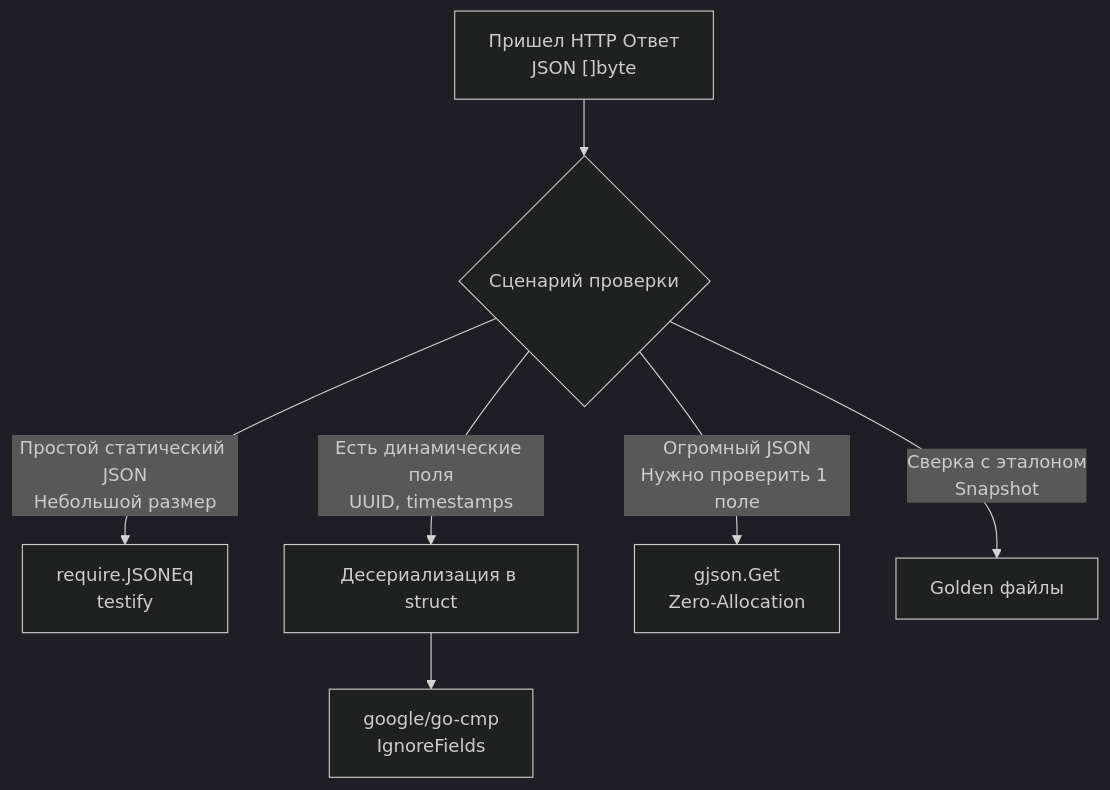
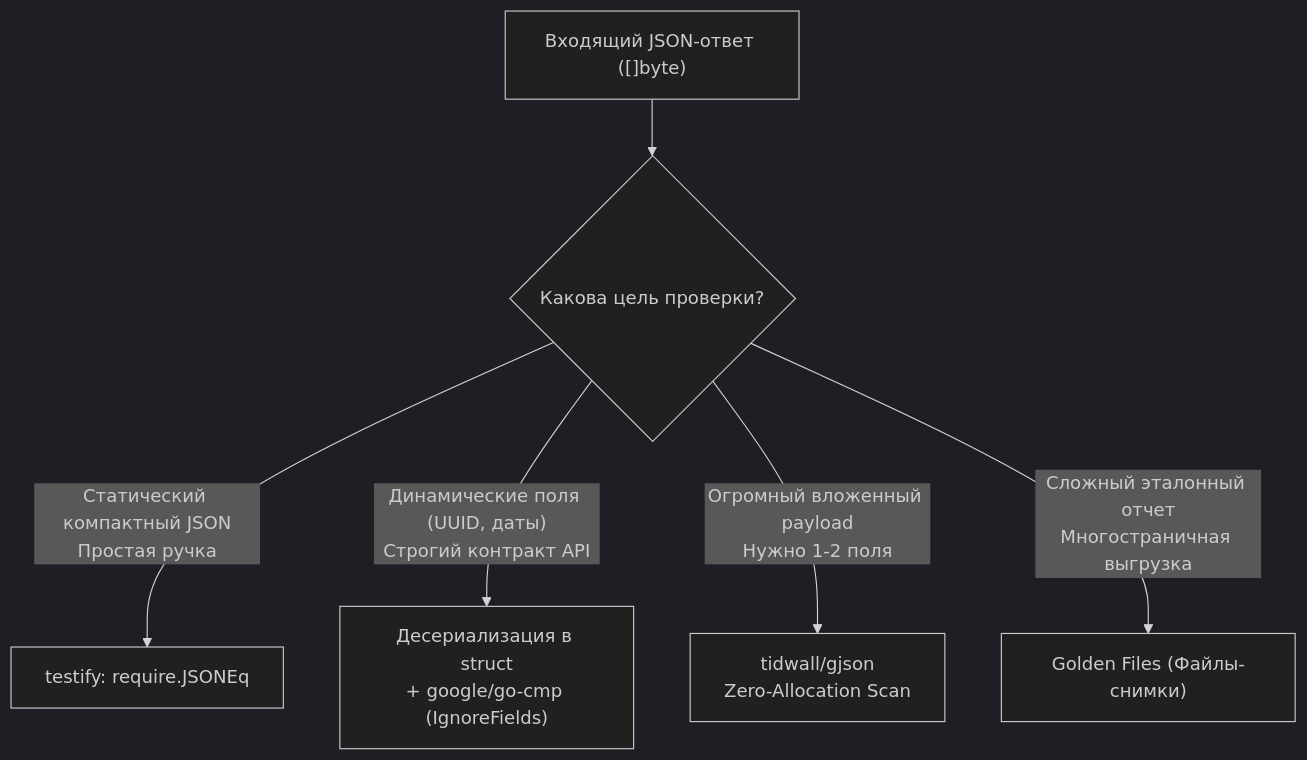
Before and after one commit to UnrealTemplier/go-textbook: the diagram in sources/15. Тестирование в Go (QA & Testing)/06. HTTP и API тестирование/6. Проверка JSON структур.md, drawn with Mermaid (dark theme). The commit also changed other lines of this file, not shown here.

Commit message:
feat(module-15): editorial rewrite of lecture 6 (Проверка JSON структур) in Subsection 6 in Kernighan style

````diff
--- a/sources/15. Тестирование в Go (QA & Testing)/06. HTTP и API тестирование/6. Проверка JSON структур.md
+++ b/sources/15. Тестирование в Go (QA & Testing)/06. HTTP и API тестирование/6. Проверка JSON структур.md
@@ -139,9 +177,9 @@
 ```mermaid
 flowchart TD
-    A["Пришел HTTP Ответ<br>JSON []byte"] --> B{"Сценарий проверки"}
-    B -->|"Простой статический JSON<br>Небольшой размер"| C["require.JSONEq<br>testify"]
-    B -->|"Есть динамические поля<br>UUID, timestamps"| D["Десериализация в struct"]
-    D --> E["google/go-cmp<br>IgnoreFields"]
-    B -->|"Огромный JSON<br>Нужно проверить 1 поле"| F["gjson.Get<br>Zero-Allocation"]
-    B -->|"Сверка с эталоном<br>Snapshot"| G["Golden файлы"]
+    In["Входящий JSON-ответ ([]byte)"] --> Router{"Какова цель проверки?"}
+    
+    Router -->|"Статический компактный JSON<br>Простая ручка"| Simple["testify: require.JSONEq"]
+    Router -->|"Динамические поля (UUID, даты)<br>Строгий контракт API"| Schema["Десериализация в struct<br>+ google/go-cmp (IgnoreFields)"]
+    Router -->|"Огромный вложенный payload<br>Нужно 1-2 поля"| Stream["tidwall/gjson<br>Zero-Allocation Scan"]
+    Router -->|"Сложный эталонный отчет<br>Многостраничная выгрузка"| Snapshot["Golden Files (Файлы-снимки)"]
 ```
````
